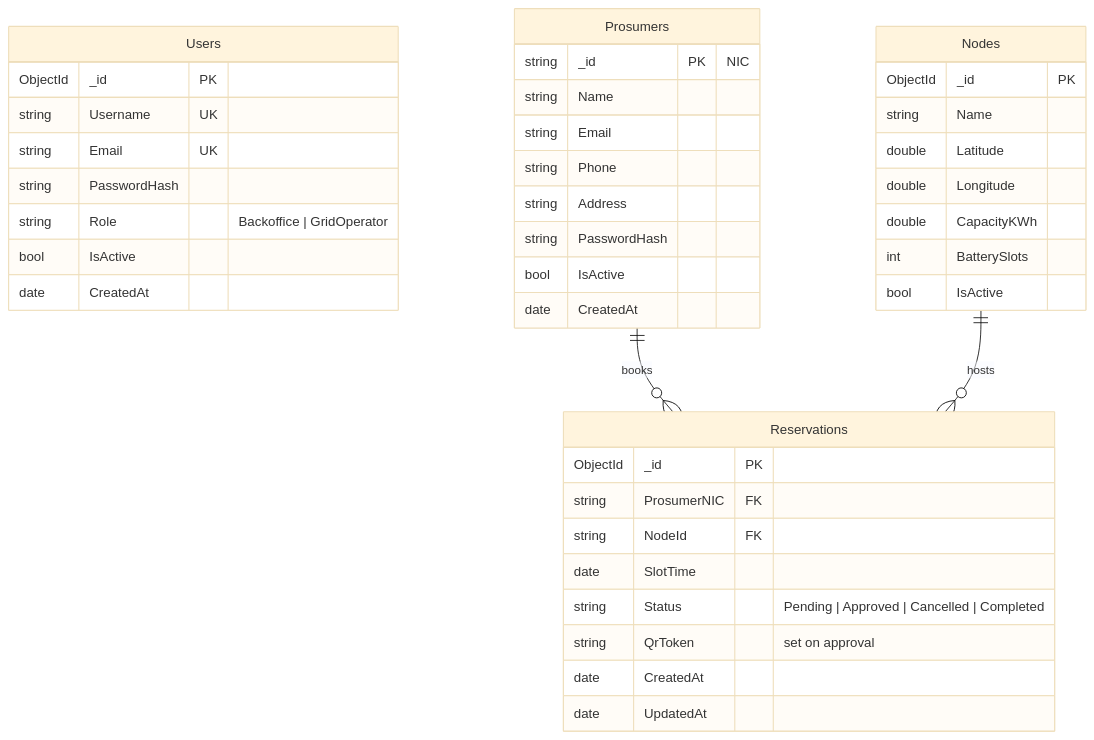
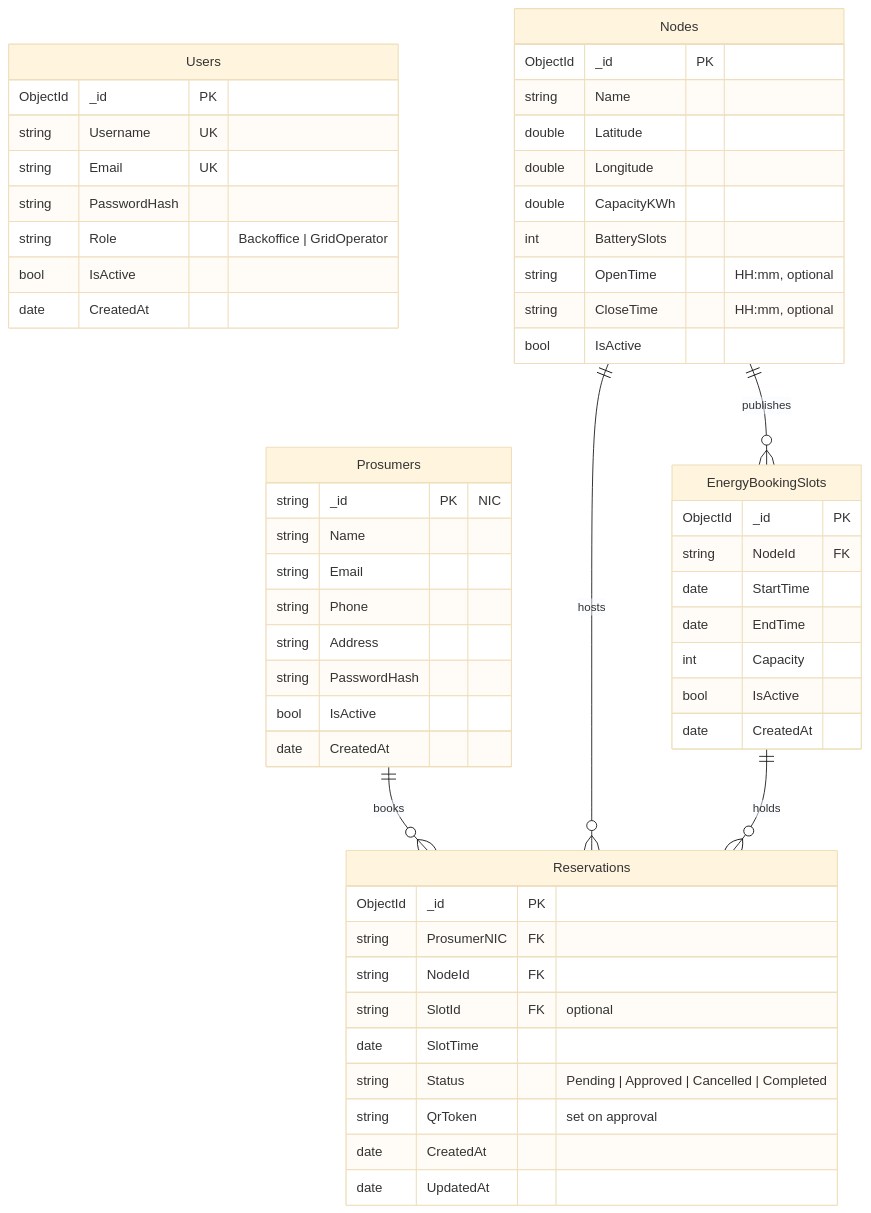
The fifth of 5 diagrams in docs/diagrams.md (Dil123852/SolarGrid), drawn with Mermaid (base theme) before and after one commit. The commit also changed other lines of this file and 65 other files, not shown here.

Commit message:
docs: diagrams for EnergyBookingSlots, rendered PNG/SVG diagrams and UI screenshots for the report

````diff
--- a/docs/diagrams.md
+++ b/docs/diagrams.md
@@ -130,44 +139,58 @@
 ```mermaid
 erDiagram
     Users {
         ObjectId _id PK
         string Username UK
         string Email UK
         string PasswordHash
         string Role "Backoffice | GridOperator"
         bool IsActive
         date CreatedAt
     }
     Prosumers {
         string _id PK "NIC"
         string Name
         string Email
         string Phone
         string Address
         string PasswordHash
         bool IsActive
         date CreatedAt
     }
     Nodes {
         ObjectId _id PK
         string Name
         double Latitude
         double Longitude
         double CapacityKWh
         int BatterySlots
+        string OpenTime "HH:mm, optional"
+        string CloseTime "HH:mm, optional"
         bool IsActive
+    }
+    EnergyBookingSlots {
+        ObjectId _id PK
+        string NodeId FK
+        date StartTime
+        date EndTime
+        int Capacity
+        bool IsActive
+        date CreatedAt
     }
     Reservations {
         ObjectId _id PK
         string ProsumerNIC FK
         string NodeId FK
+        string SlotId FK "optional"
         date SlotTime
         string Status "Pending | Approved | Cancelled | Completed"
         string QrToken "set on approval"
         date CreatedAt
         date UpdatedAt
     }
 
     Prosumers ||--o{ Reservations : books
+    Nodes ||--o{ EnergyBookingSlots : publishes
     Nodes ||--o{ Reservations : hosts
+    EnergyBookingSlots ||--o{ Reservations : holds
 ```
````
